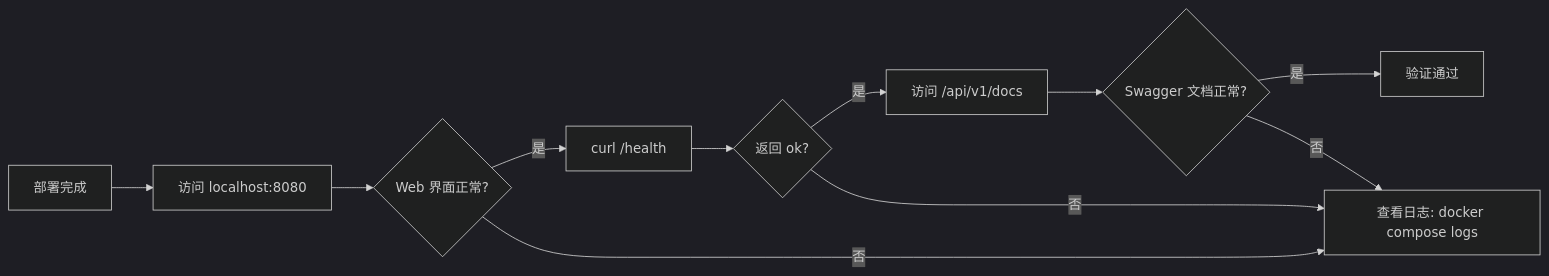
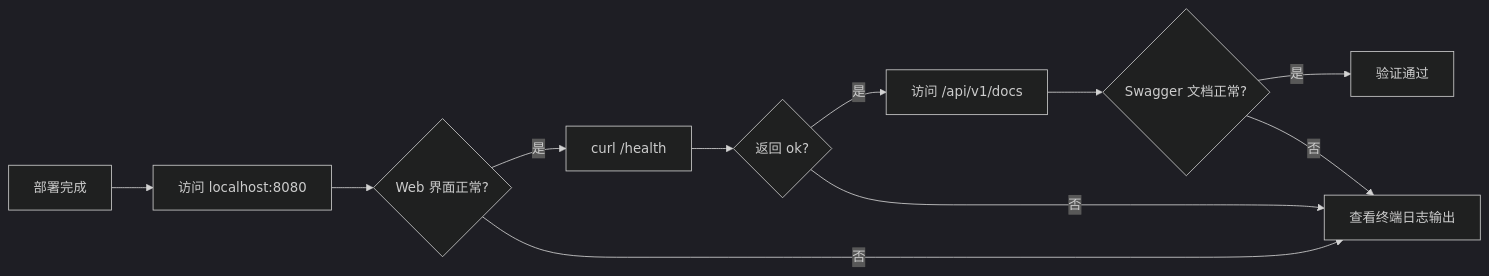
The second of 2 diagrams in doc/deploy_guide.md (SevenLv/air_memory), drawn with Mermaid (dark theme) before and after one commit. The commit also changed other lines of this file and 6 other files, not shown here.

````diff
--- a/doc/deploy_guide.md
+++ b/doc/deploy_guide.md
@@ -195,13 +212,13 @@
 ```mermaid
 flowchart LR
     A[部署完成] --> B[访问 localhost:8080]
     B --> C{Web 界面正常?}
     C -->|是| D[curl /health]
-    C -->|否| ERR[查看日志: docker compose logs]
+    C -->|否| ERR[查看终端日志输出]
     D --> E{返回 ok?}
     E -->|是| F[访问 /api/v1/docs]
     E -->|否| ERR
     F --> G{Swagger 文档正常?}
     G -->|是| H[验证通过]
     G -->|否| ERR
 ```
````
